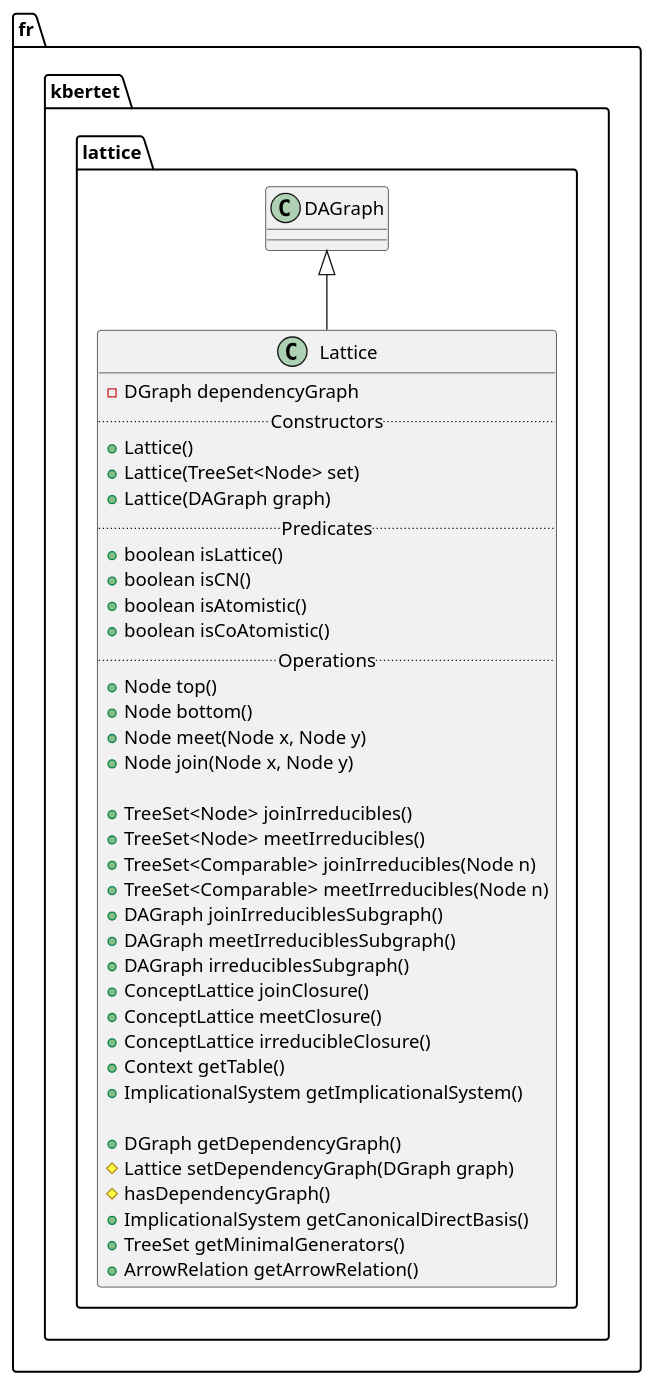
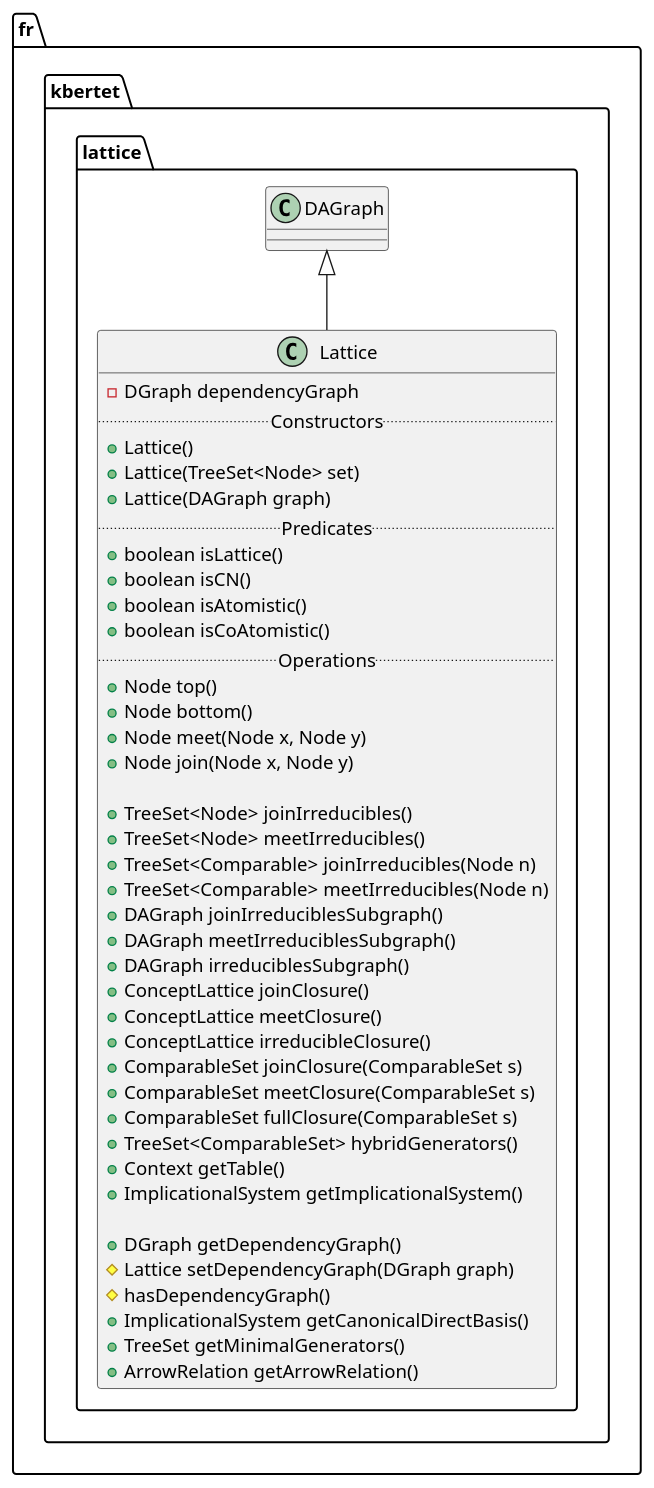
One commit to thegalactic/java-lattices changed the diagram in src/fr/kbertet/lattice/Lattice.iuml. Above: the diagram before and after it, drawn with PlantUML. The commit also changed 3 other files, not shown here.

First line of the commit message:
Introduce HybridGenerators

```diff
--- a/src/fr/kbertet/lattice/Lattice.iuml
+++ b/src/fr/kbertet/lattice/Lattice.iuml
@@ -1,41 +1,45 @@
 package fr.kbertet.lattice {
     class Lattice {
         -DGraph dependencyGraph
         .. Constructors ..
         +Lattice()
         +Lattice(TreeSet<Node> set)
         +Lattice(DAGraph graph)
         .. Predicates ..
         +boolean isLattice()
         +boolean isCN()
         +boolean isAtomistic()
         +boolean isCoAtomistic()
         .. Operations ..
         +Node top()
         +Node bottom()
         +Node meet(Node x, Node y)
         +Node join(Node x, Node y)
 
         +TreeSet<Node> joinIrreducibles()
         +TreeSet<Node> meetIrreducibles()
         +TreeSet<Comparable> joinIrreducibles(Node n)
         +TreeSet<Comparable> meetIrreducibles(Node n)
         +DAGraph joinIrreduciblesSubgraph()
         +DAGraph meetIrreduciblesSubgraph()
         +DAGraph irreduciblesSubgraph()
         +ConceptLattice joinClosure()
         +ConceptLattice meetClosure()
         +ConceptLattice irreducibleClosure()
+        +ComparableSet joinClosure(ComparableSet s)
+        +ComparableSet meetClosure(ComparableSet s)
+        +ComparableSet fullClosure(ComparableSet s)
+        +TreeSet<ComparableSet> hybridGenerators()
         +Context getTable()
         +ImplicationalSystem getImplicationalSystem()
 
         +DGraph getDependencyGraph()
         #Lattice setDependencyGraph(DGraph graph)
         #hasDependencyGraph()
         +ImplicationalSystem getCanonicalDirectBasis()
         +TreeSet getMinimalGenerators()
         +ArrowRelation getArrowRelation()
     }
 
     DAGraph <|-- Lattice
 }
```
